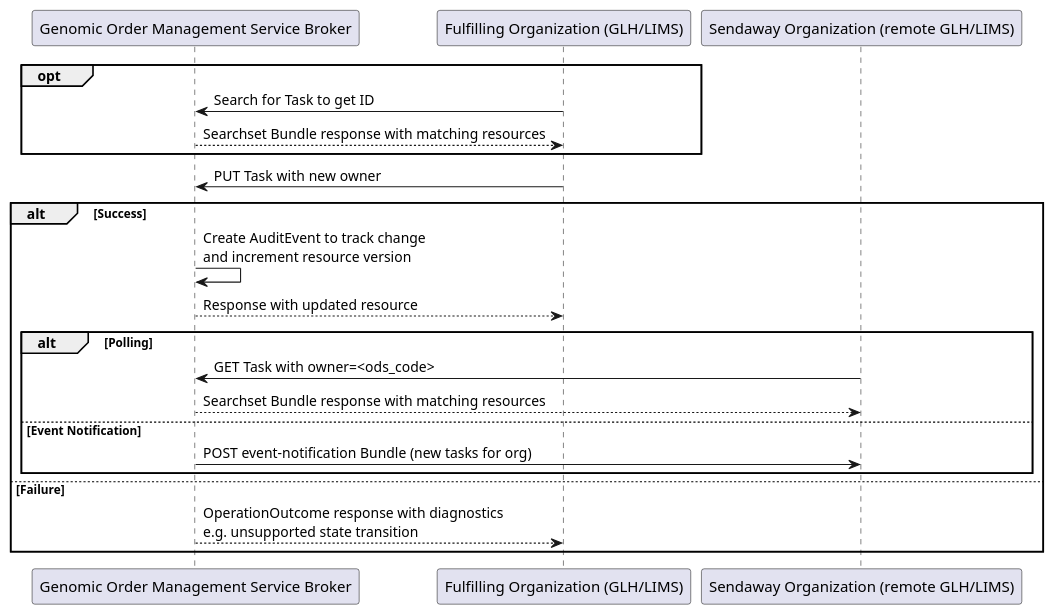
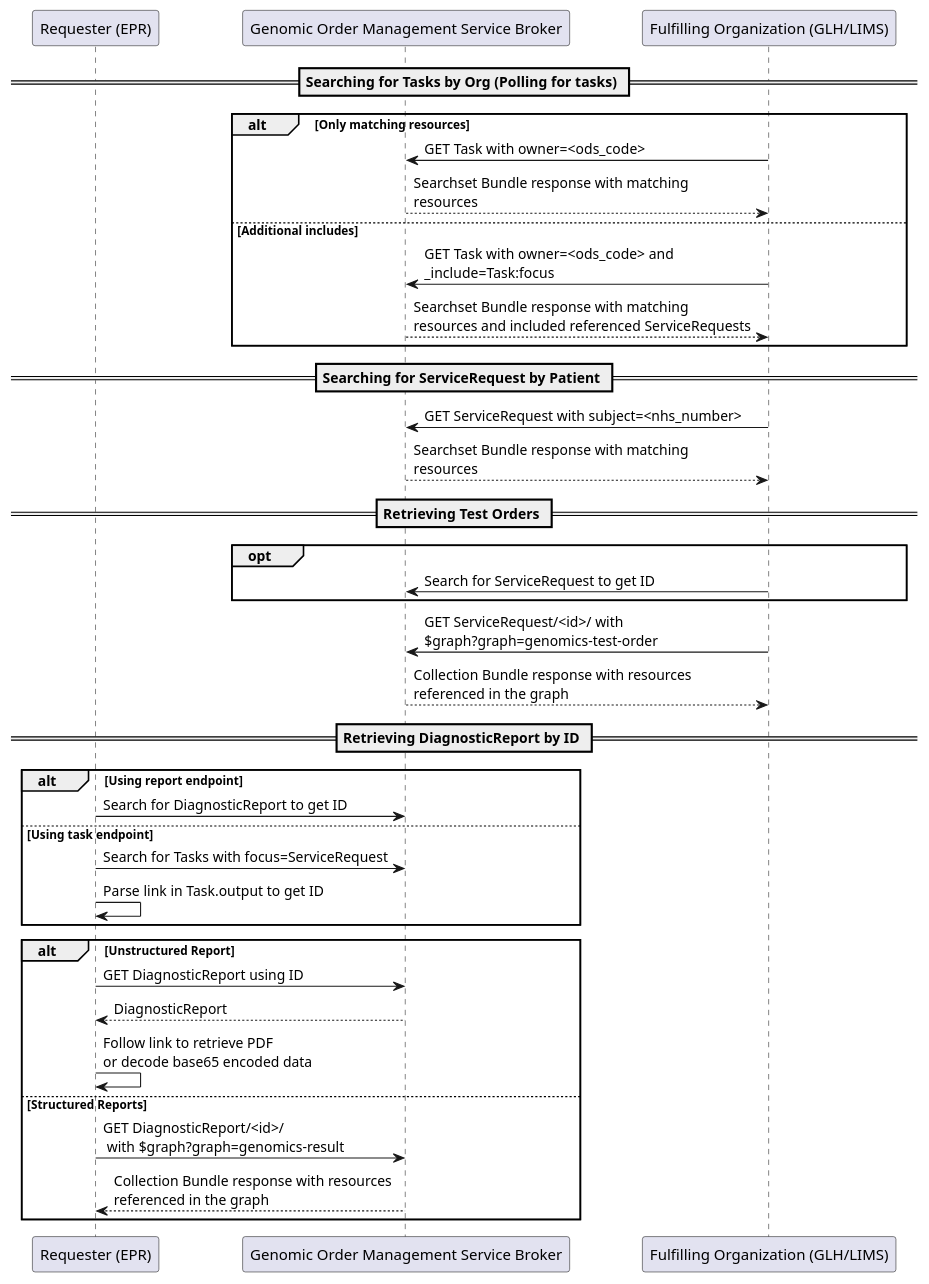
One commit to NHSDigital/IOPS-FHIR-Simplifier-Backup changed the second of 3 diagrams in NHSEnglandFHIRGenomicsImplementationGuide/backup/guides/FHIR-Genomics-Implementation-Guide/Home/Build/Supported-CRUD-capability.page.md. Above: the diagram before and after it, drawn with PlantUML. The commit also changed other lines of this file and 7 other files, not shown here.

```diff
--- a/NHSEnglandFHIRGenomicsImplementationGuide/backup/guides/FHIR-Genomics-Implementation-Guide/Home/Build/Supported-CRUD-capability.page.md
+++ b/NHSEnglandFHIRGenomicsImplementationGuide/backup/guides/FHIR-Genomics-Implementation-Guide/Home/Build/Supported-CRUD-capability.page.md
@@ -201,22 +120,37 @@
 @startuml
-Participant LIMS as "Fulfilling Organization (GLH/LIMS)" order 20
-Participant LIMS2 as "Sendaway Organization (remote GLH/LIMS)" order 30
-Participant GOMS as "Genomic Order Management Service Broker" order 10
+== Searching for Tasks by Org (Polling for tasks) ==
+Participant EPR as "Requester (EPR)"
+Participant GOMS as "Genomic Order Management Service Broker"
+Participant LIMS as "Fulfilling Organization (GLH/LIMS)"
+alt Only matching resources
+LIMS -> GOMS : GET Task with owner=<ods_code> 
+GOMS --> LIMS : Searchset Bundle response with matching \nresources
+else Additional includes
+LIMS -> GOMS : GET Task with owner=<ods_code> and \n_include=Task:focus
+GOMS --> LIMS : Searchset Bundle response with matching \nresources and included referenced ServiceRequests
+end
+== Searching for ServiceRequest by Patient ==
+LIMS -> GOMS : GET ServiceRequest with subject=<nhs_number> 
+GOMS --> LIMS : Searchset Bundle response with matching \nresources
+== Retrieving Test Orders ==
 opt
-LIMS -> GOMS : Search for Task to get ID 
-GOMS --> LIMS : Searchset Bundle response with matching resources
+LIMS -> GOMS : Search for ServiceRequest to get ID 
 end
-LIMS -> GOMS : PUT Task with new owner
-alt Success
-GOMS -> GOMS : Create AuditEvent to track change \nand increment resource version
-GOMS --> LIMS : Response with updated resource
-alt Polling
-LIMS2 -> GOMS : GET Task with owner=<ods_code>
-GOMS --> LIMS2 : Searchset Bundle response with matching resources
-else Event Notification
-GOMS -> LIMS2 : POST event-notification Bundle (new tasks for org)
+LIMS -> GOMS : GET ServiceRequest/<id>/ with \n$graph?graph=genomics-test-order 
+GOMS --> LIMS : Collection Bundle response with resources \nreferenced in the graph
+== Retrieving DiagnosticReport by ID ==
+alt Using report endpoint
+EPR -> GOMS : Search for DiagnosticReport to get ID 
+else Using task endpoint
+EPR -> GOMS : Search for Tasks with focus=ServiceRequest
+EPR -> EPR : Parse link in Task.output to get ID
 end
-else Failure
-GOMS --> LIMS : OperationOutcome response with diagnostics \ne.g. unsupported state transition
+alt Unstructured Report
+EPR -> GOMS : GET DiagnosticReport using ID
+GOMS --> EPR : DiagnosticReport
+EPR -> EPR : Follow link to retrieve PDF \nor decode base65 encoded data
+else Structured Reports
+EPR -> GOMS : GET DiagnosticReport/<id>/ \n with $graph?graph=genomics-result 
+GOMS --> EPR : Collection Bundle response with resources \nreferenced in the graph
 end
 @enduml
```
